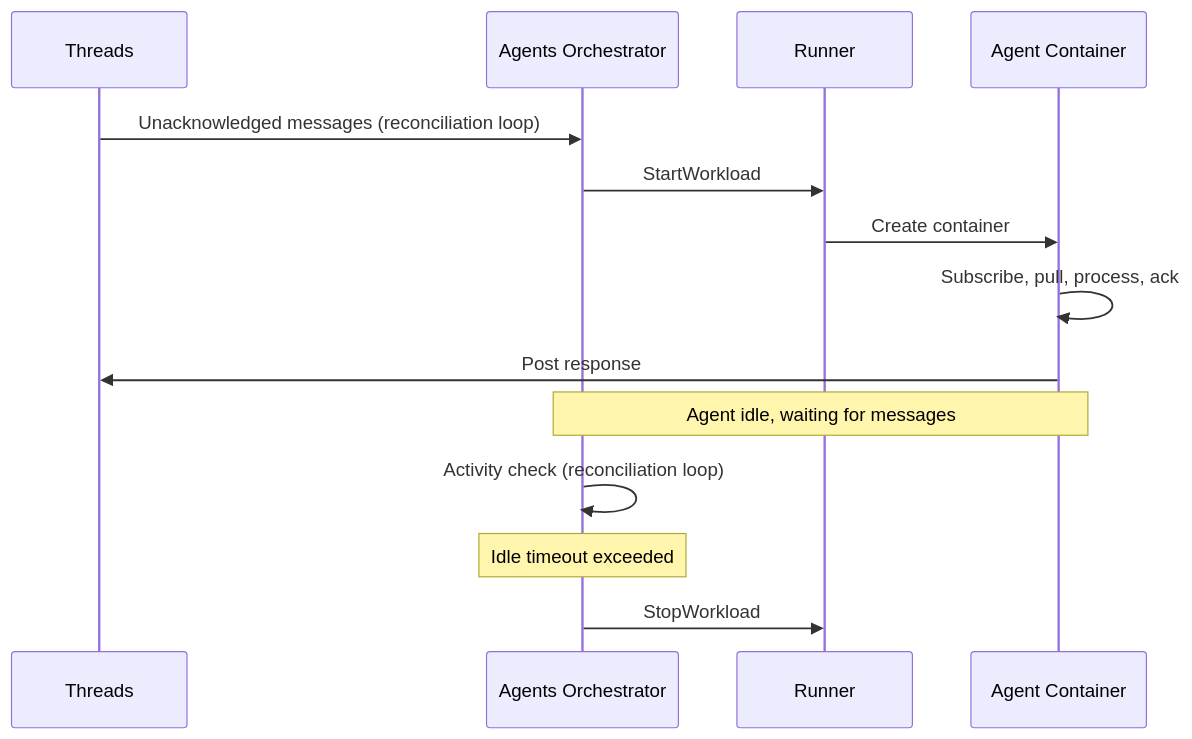
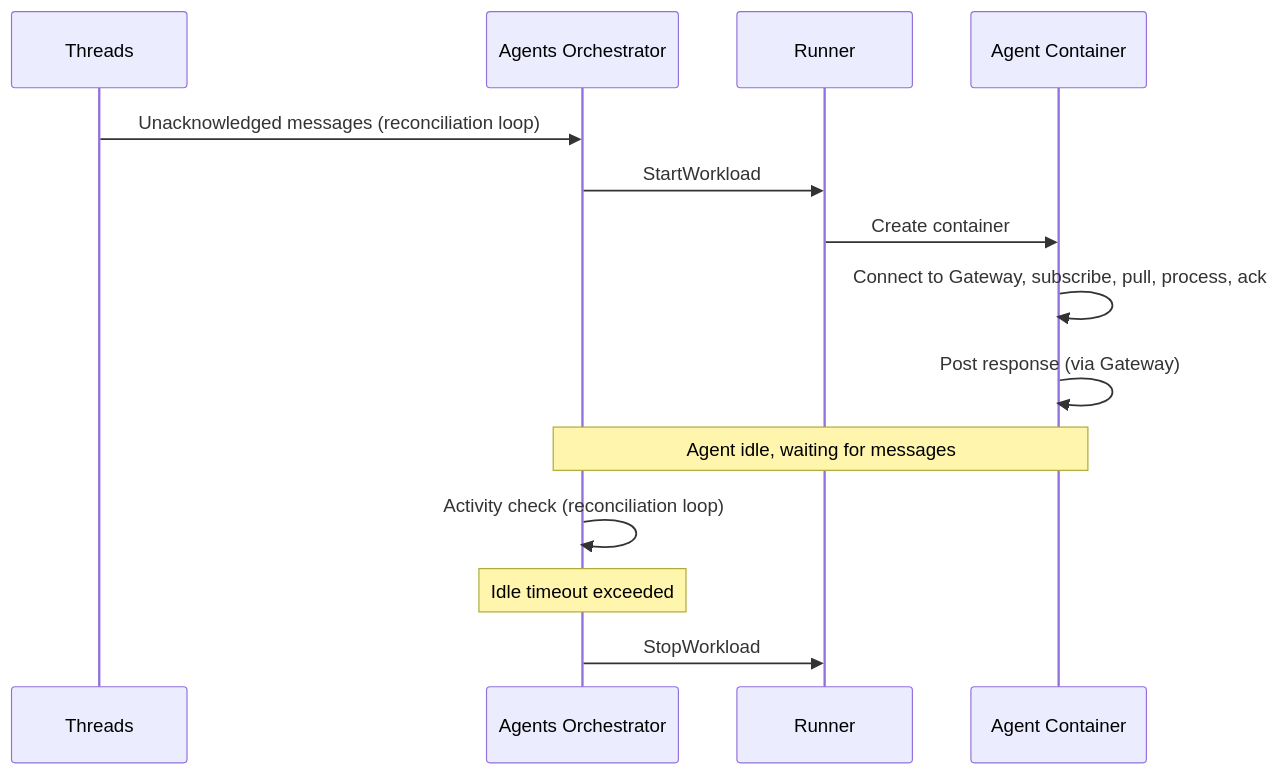
Before and after one commit to agynio/architecture: the fourth of 4 diagrams in architecture/agent/overview.md, drawn with Mermaid. The commit also changed other lines of this file and 5 other files, not shown here.

````diff
--- a/architecture/agent/overview.md
+++ b/architecture/agent/overview.md
@@ -144,18 +149,18 @@
 ```mermaid
 sequenceDiagram
     participant T as Threads
     participant O as Agents Orchestrator
     participant R as Runner
     participant A as Agent Container
 
     T->>O: Unacknowledged messages (reconciliation loop)
     O->>R: StartWorkload
     R->>A: Create container
-    A->>A: Subscribe, pull, process, ack
-    A->>T: Post response
+    A->>A: Connect to Gateway, subscribe, pull, process, ack
+    A->>A: Post response (via Gateway)
 
     Note over A,O: Agent idle, waiting for messages
     O->>O: Activity check (reconciliation loop)
     Note over O: Idle timeout exceeded
     O->>R: StopWorkload
 ```
````
